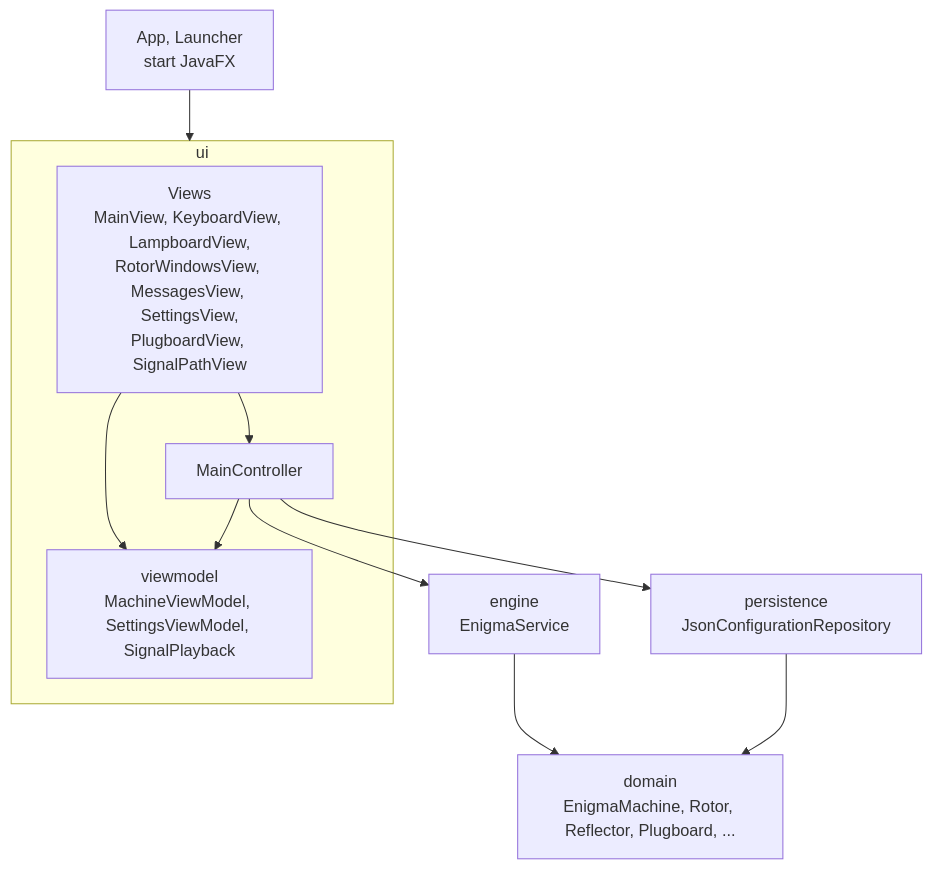
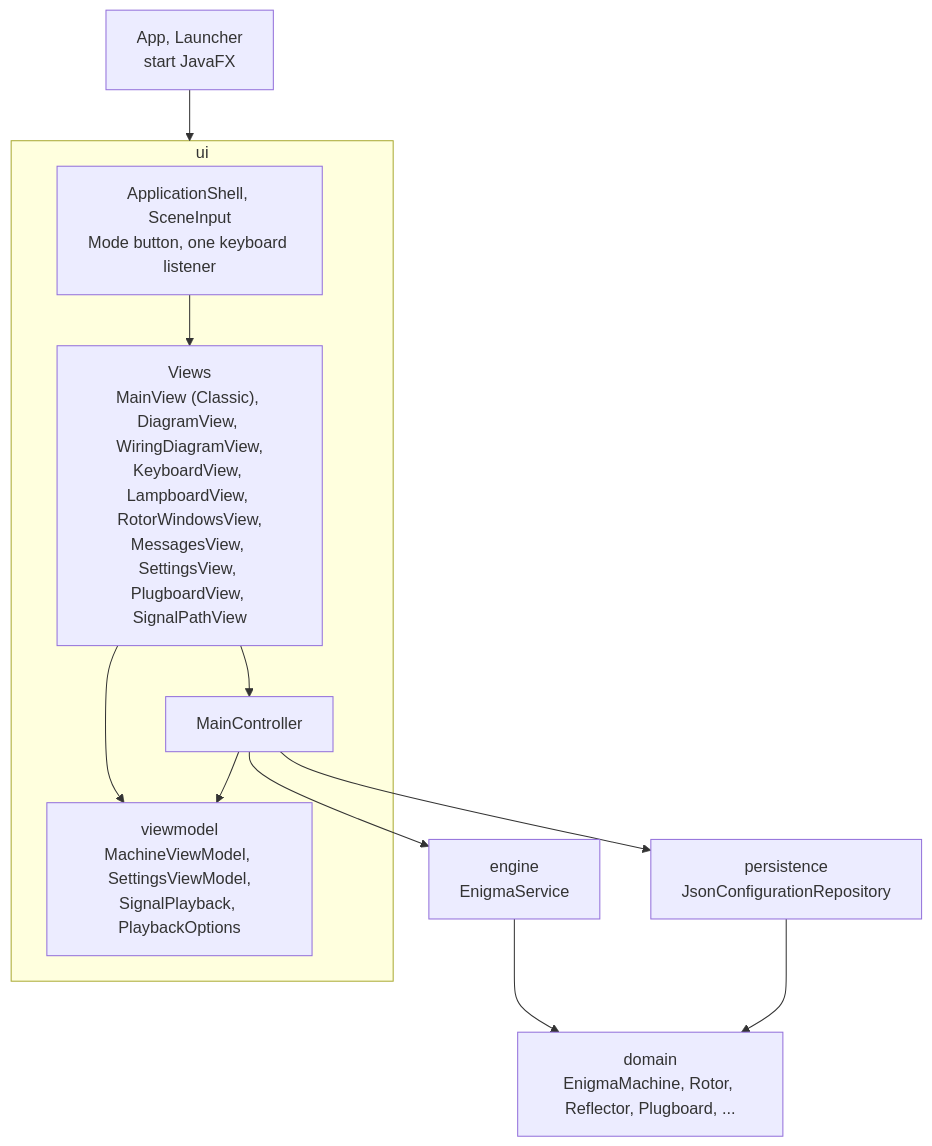
One commit to marius-27/EnigmaMachine changed the first of 2 diagrams in README.md. Above: the diagram before and after it, drawn with Mermaid. The commit also changed other lines of this file and 5 other files, not shown here.

Commit message:
docs: document interface modes and diagram controls

````diff
--- a/README.md
+++ b/README.md
@@ -192,16 +213,18 @@
 ```mermaid
 flowchart TD
     App["App, Launcher<br/>start JavaFX"] --> UI
     subgraph UI["ui"]
-        Views["Views<br/>MainView, KeyboardView, LampboardView,<br/>RotorWindowsView, MessagesView, SettingsView,<br/>PlugboardView, SignalPathView"]
+        Shell["ApplicationShell, SceneInput<br/>Mode button, one keyboard listener"]
+        Views["Views<br/>MainView (Classic), DiagramView, WiringDiagramView,<br/>KeyboardView, LampboardView, RotorWindowsView,<br/>MessagesView, SettingsView, PlugboardView, SignalPathView"]
         Controller["MainController"]
-        ViewModels["viewmodel<br/>MachineViewModel, SettingsViewModel, SignalPlayback"]
+        ViewModels["viewmodel<br/>MachineViewModel, SettingsViewModel,<br/>SignalPlayback, PlaybackOptions"]
+        Shell --> Views
         Views --> Controller
         Views --> ViewModels
         Controller --> ViewModels
     end
     Controller --> Engine["engine<br/>EnigmaService"]
     Controller --> Persistence["persistence<br/>JsonConfigurationRepository"]
     Engine --> Domain["domain<br/>EnigmaMachine, Rotor, Reflector, Plugboard, ..."]
     Persistence --> Domain
 ```
````
